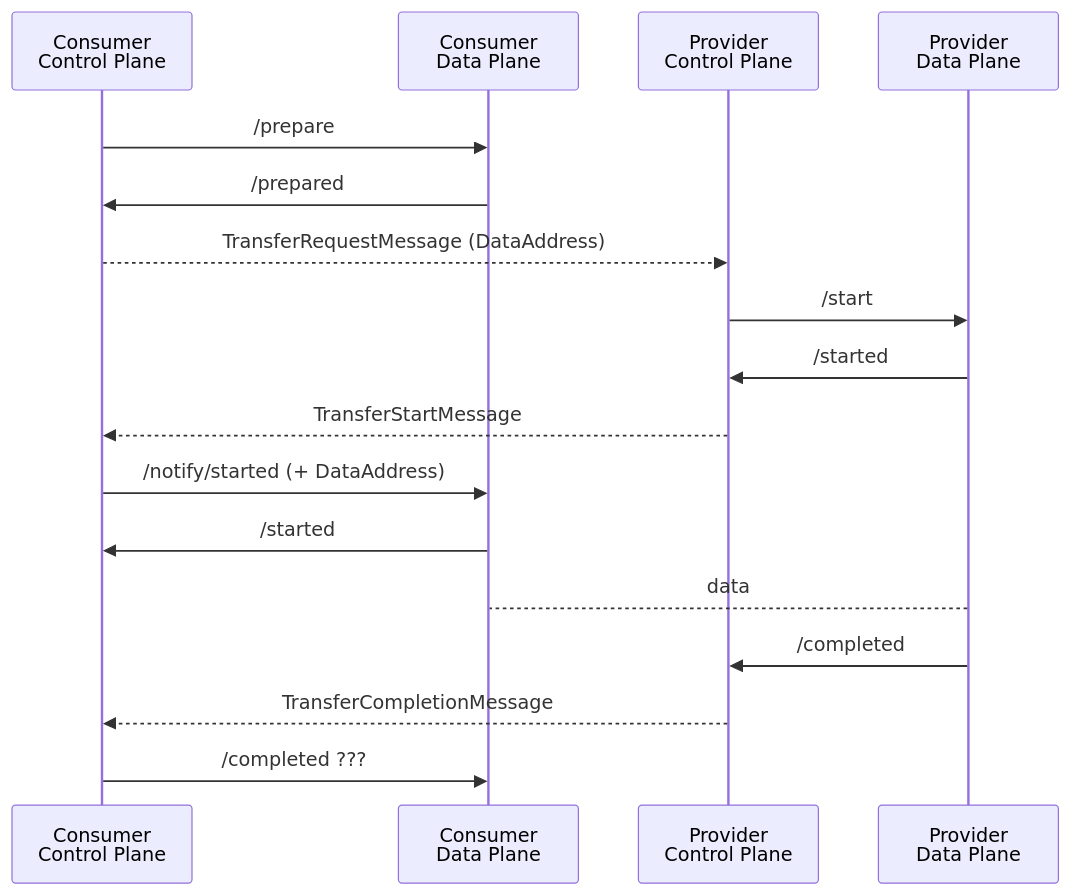
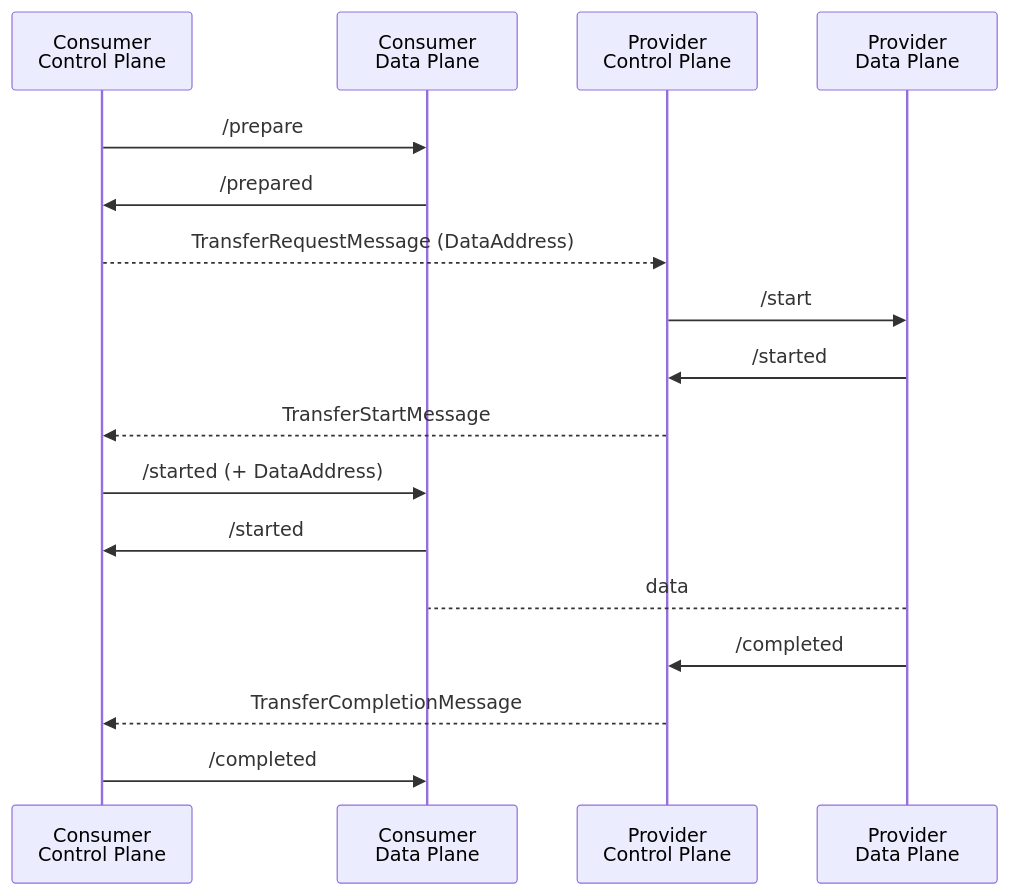
Before and after one commit to Metaform/dataplane-signaling: the third of 5 diagrams in docs/signaling.md, drawn with Mermaid. The commit also changed other lines of this file and 1 other file, not shown here.

````diff
--- a/docs/signaling.md
+++ b/docs/signaling.md
@@ -159,19 +159,19 @@
 ```mermaid
 sequenceDiagram
     participant ccp as Consumer<br/>Control Plane
     participant cdp as Consumer<br/>Data Plane
     participant pcp as Provider<br/>Control Plane
     participant pdp as Provider<br/>Data Plane
     ccp ->> cdp: /prepare
     cdp ->> ccp: /prepared
     ccp -->> pcp: TransferRequestMessage (DataAddress)
     pcp ->> pdp: /start
     pdp ->> pcp: /started
     pcp -->> ccp: TransferStartMessage
-    ccp ->> cdp: /notify/started (+ DataAddress)
+    ccp ->> cdp: /started (+ DataAddress)
     cdp ->> ccp: /started
     pdp --> cdp: data
     pdp ->> pcp: /completed
     pcp -->> ccp: TransferCompletionMessage
-    ccp ->> cdp: /completed ???
+    ccp ->> cdp: /completed
 ```
````
